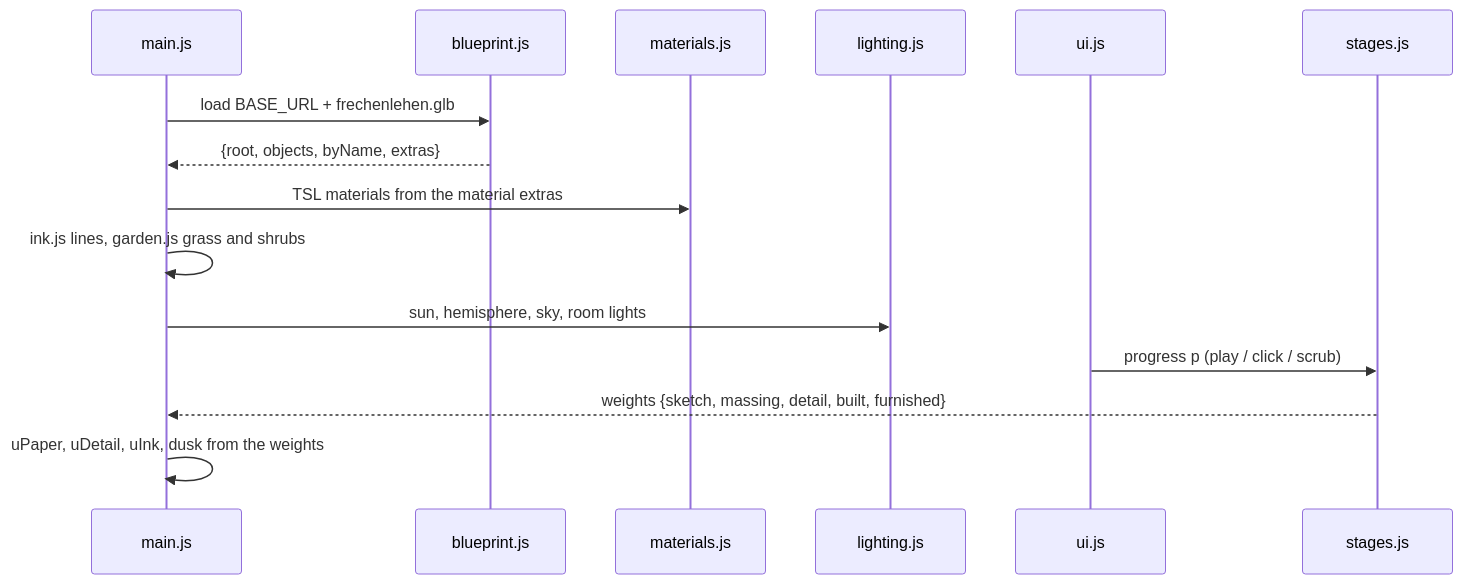
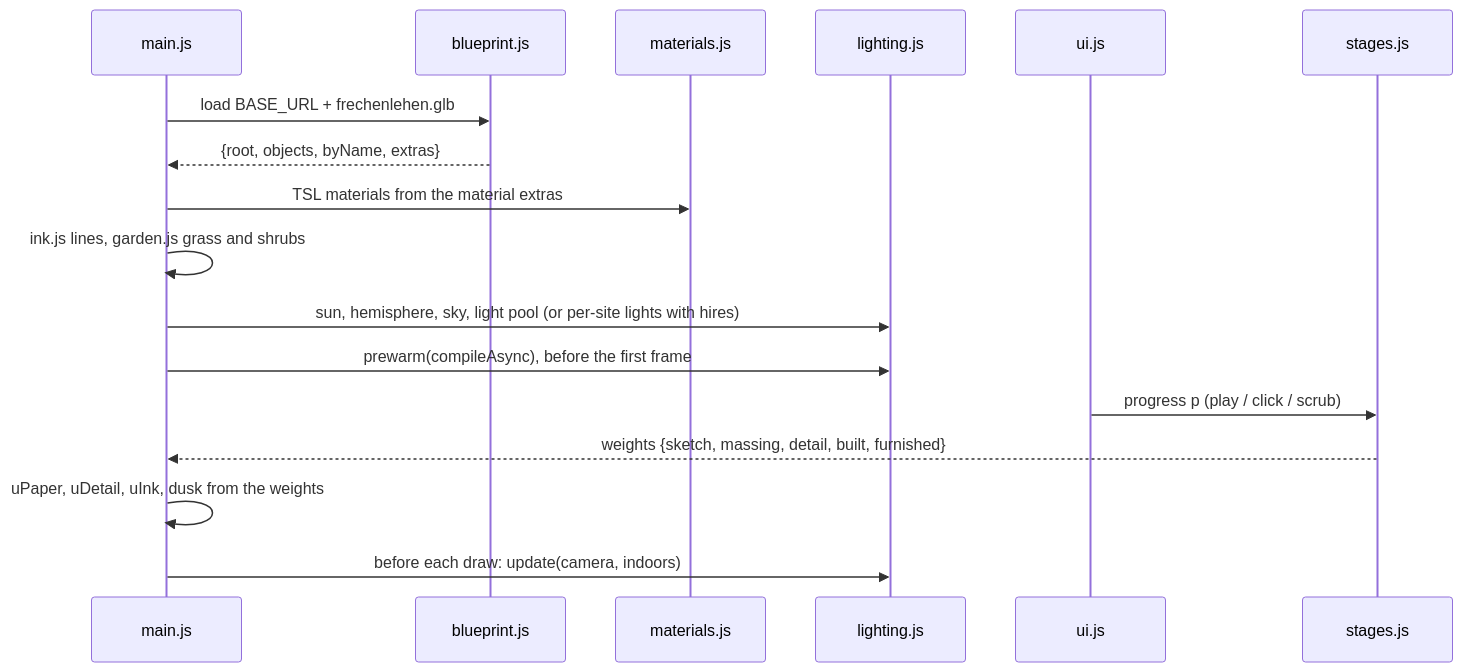
The third of 3 diagrams in specs/system/architecture.md (tillg/frechen_blender), drawn with Mermaid before and after one commit. The commit also changed other lines of this file and 13 other files, not shown here.

Commit message:
Viewer lights: off by day; at dusk only the 6 rooms and 2 outside lamps nearest the camera (fixed light pool, own storey first, cut-off fade, dusk shaders prewarmed at load); ?hires=on gives full quality for the film capture (all lights, full pixel ratio, grass indoors)

````diff
--- a/specs/system/architecture.md
+++ b/specs/system/architecture.md
@@ -171,17 +171,19 @@
 ```mermaid
 sequenceDiagram
     participant M as main.js
     participant L as blueprint.js
     participant Ma as materials.js
     participant Li as lighting.js
     participant U as ui.js
     participant S as stages.js
     M->>L: load BASE_URL + frechenlehen.glb
     L-->>M: {root, objects, byName, extras}
     M->>Ma: TSL materials from the material extras
     M->>M: ink.js lines, garden.js grass and shrubs
-    M->>Li: sun, hemisphere, sky, room lights
+    M->>Li: sun, hemisphere, sky, light pool (or per-site lights with hires)
+    M->>Li: prewarm(compileAsync), before the first frame
     U->>S: progress p (play / click / scrub)
     S-->>M: weights {sketch, massing, detail, built, furnished}
     M->>M: uPaper, uDetail, uInk, dusk from the weights
+    M->>Li: before each draw: update(camera, indoors)
 ```
````
